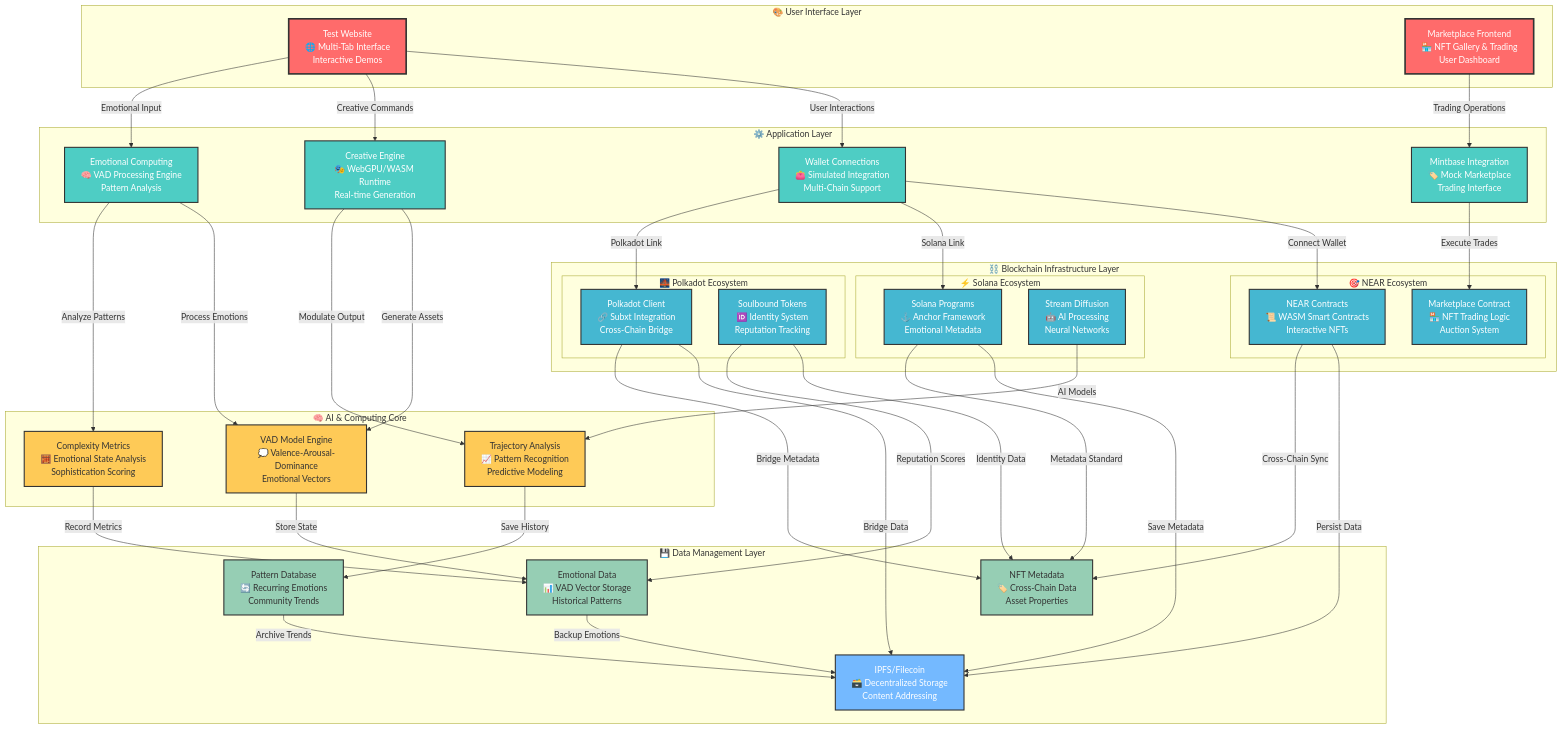
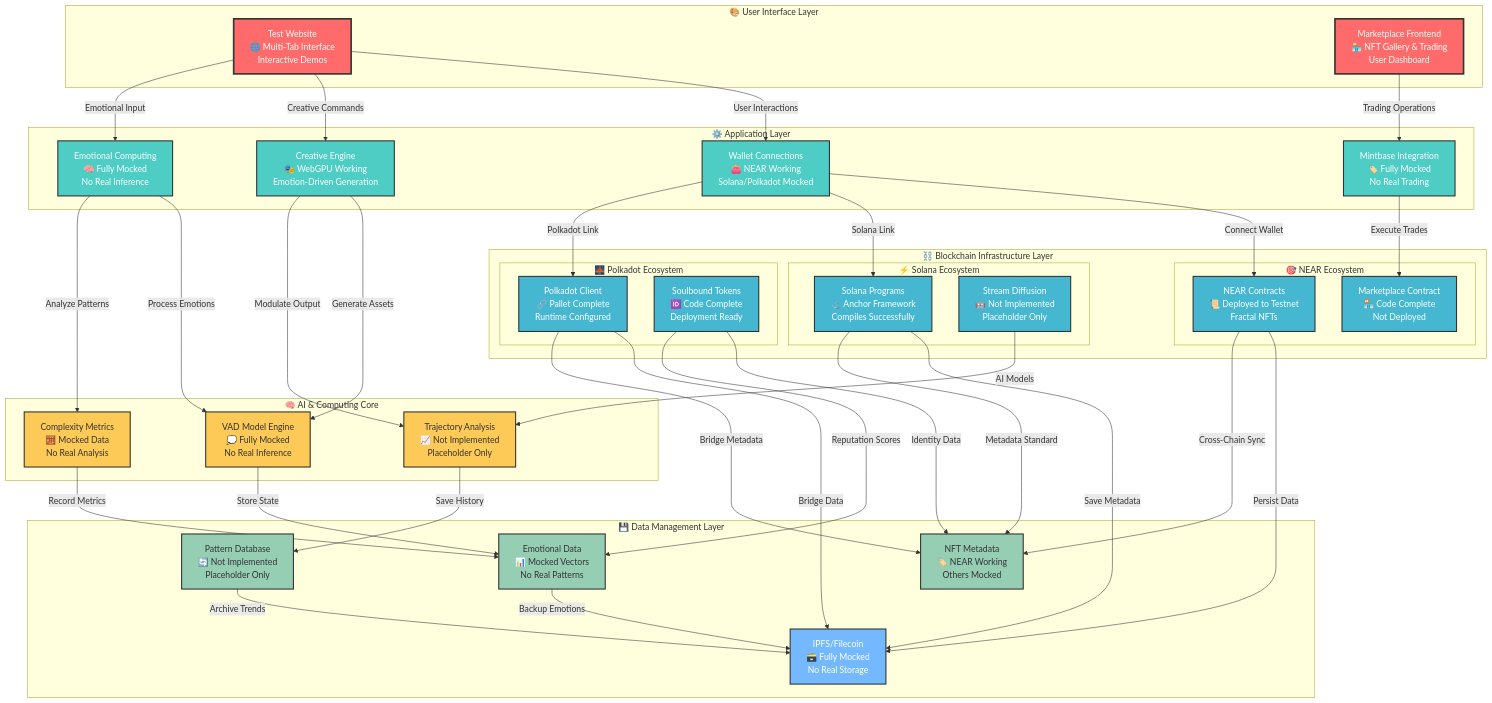
One commit to compiling-org/nft-blockchain-interactive changed the first of 9 diagrams in TECHNICAL_ARCHITECTURE.md. Above: the diagram before and after it, drawn with Mermaid. The commit also changed other lines of this file and 52 other files, not shown here.

```diff
--- a/TECHNICAL_ARCHITECTURE.md
+++ b/TECHNICAL_ARCHITECTURE.md
@@ -40,40 +42,40 @@
     end
     
     subgraph "⚙️ Application Layer"
-        WC["Wallet Connections<br/>👛 Simulated Integration<br/>Multi-Chain Support"]:::application
-        ME["Mintbase Integration<br/>🏷️ Mock Marketplace<br/>Trading Interface"]:::application
-        CE["Creative Engine<br/>🎭 WebGPU/WASM Runtime<br/>Real-time Generation"]:::application
-        EC["Emotional Computing<br/>🧠 VAD Processing Engine<br/>Pattern Analysis"]:::application
+        WC["Wallet Connections<br/>👛 NEAR Working<br/>Solana/Polkadot Mocked"]:::application
+        ME["Mintbase Integration<br/>🏷️ Fully Mocked<br/>No Real Trading"]:::application
+        CE["Creative Engine<br/>🎭 WebGPU Working<br/>Emotion-Driven Generation"]:::application
+        EC["Emotional Computing<br/>🧠 Fully Mocked<br/>No Real Inference"]:::application
     end
     
     subgraph "⛓️ Blockchain Infrastructure Layer"
         subgraph "🎯 NEAR Ecosystem"
-            NC["NEAR Contracts<br/>📜 WASM Smart Contracts<br/>Interactive NFTs"]:::blockchain
-            NM["Marketplace Contract<br/>🏪 NFT Trading Logic<br/>Auction System"]:::blockchain
+            NC["NEAR Contracts<br/>📜 Deployed to Testnet<br/>Fractal NFTs"]:::blockchain
+            NM["Marketplace Contract<br/>🏪 Code Complete<br/>Not Deployed"]:::blockchain
         end
         
         subgraph "⚡ Solana Ecosystem"
-            SC["Solana Programs<br/>⚓ Anchor Framework<br/>Emotional Metadata"]:::blockchain
-            SS["Stream Diffusion<br/>🤖 AI Processing<br/>Neural Networks"]:::blockchain
+            SC["Solana Programs<br/>⚓ Anchor Framework<br/>Compiles Successfully"]:::blockchain
+            SS["Stream Diffusion<br/>🤖 Not Implemented<br/>Placeholder Only"]:::blockchain
         end
         
         subgraph "🌉 Polkadot Ecosystem"
-            PC["Polkadot Client<br/>🔗 Subxt Integration<br/>Cross-Chain Bridge"]:::blockchain
-            SB["Soulbound Tokens<br/>🆔 Identity System<br/>Reputation Tracking"]:::blockchain
+            PC["Polkadot Client<br/>🔗 Pallet Complete<br/>Runtime Configured"]:::blockchain
+            SB["Soulbound Tokens<br/>🆔 Code Complete<br/>Deployment Ready"]:::blockchain
         end
     end
     
     subgraph "🧠 AI & Computing Core"
-        VAD["VAD Model Engine<br/>💭 Valence-Arousal-Dominance<br/>Emotional Vectors"]:::aiEngine
-        TRAJECTORY["Trajectory Analysis<br/>📈 Pattern Recognition<br/>Predictive Modeling"]:::aiEngine
-        COMPLEXITY["Complexity Metrics<br/>🧮 Emotional State Analysis<br/>Sophistication Scoring"]:::aiEngine
+        VAD["VAD Model Engine<br/>💭 Fully Mocked<br/>No Real Inference"]:::aiEngine
+        TRAJECTORY["Trajectory Analysis<br/>📈 Not Implemented<br/>Placeholder Only"]:::aiEngine
+        COMPLEXITY["Complexity Metrics<br/>🧮 Mocked Data<br/>No Real Analysis"]:::aiEngine
     end
     
     subgraph "💾 Data Management Layer"
-        IPFS["IPFS/Filecoin<br/>🗃️ Decentralized Storage<br/>Content Addressing"]:::storage
-        EMOTIONAL["Emotional Data<br/>📊 VAD Vector Storage<br/>Historical Patterns"]:::dataLayer
-        METADATA["NFT Metadata<br/>🏷️ Cross-Chain Data<br/>Asset Properties"]:::dataLayer
-        PATTERNS["Pattern Database<br/>🔄 Recurring Emotions<br/>Community Trends"]:::dataLayer
+        IPFS["IPFS/Filecoin<br/>🗃️ Fully Mocked<br/>No Real Storage"]:::storage
+        EMOTIONAL["Emotional Data<br/>📊 Mocked Vectors<br/>No Real Patterns"]:::dataLayer
+        METADATA["NFT Metadata<br/>🏷️ NEAR Working<br/>Others Mocked"]:::dataLayer
+        PATTERNS["Pattern Database<br/>🔄 Not Implemented<br/>Placeholder Only"]:::dataLayer
     end
     
     %% Data Flow Connections
```
